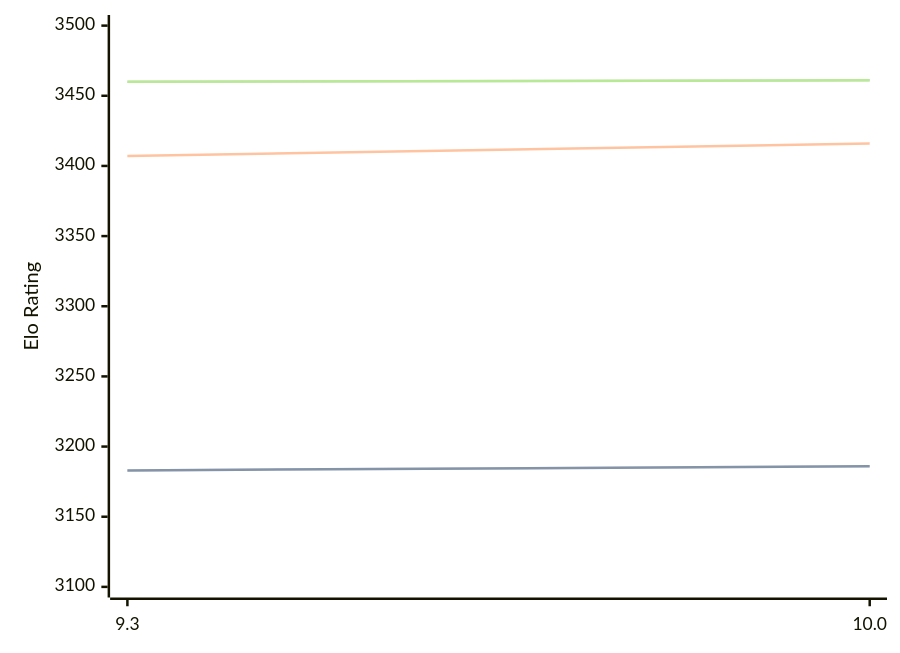
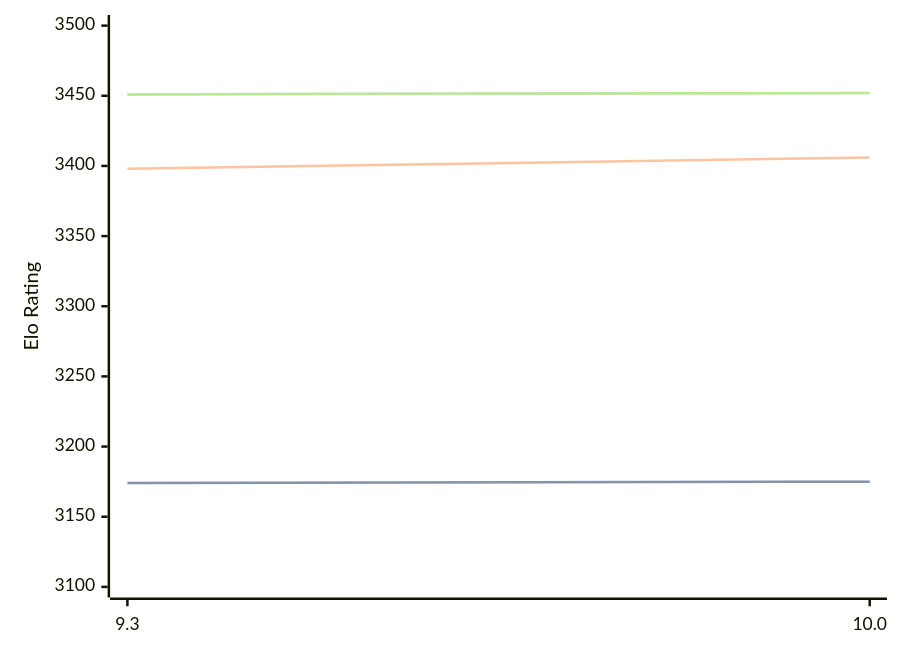
Before and after one commit to computer-chess-index/cci: the diagram in engines/Fire.md, drawn with Mermaid. The commit also changed other lines of this file, not shown here.

Commit message:
Update CCI Ratings (ELO VLTC) - 2026-03-19

````diff
--- a/engines/Fire.md
+++ b/engines/Fire.md
@@ -45,11 +45,11 @@
 ```mermaid
 %%{init: {"theme":"base","themeVariables":{"seriesColors:['#a3a3a3','#222221','#faa371']}}}%%
 xychart-beta
   x-axis ["9.3", "10.0"]
   y-axis "Elo Rating" 3100 --> 3500
-  line "STC (8.0+0.08s)" [3183, 3186]
-  line "STC (8.0+0.08s)" [3183, 3186]
-  line "LTC (60.0+0.60s)" [3407, 3416]
-  line "VLTC (2m24s+1.12s)" [3460, 3461]
-  line "VLTC (2m24s+1.12s)" [3460, 3461]
+  line "STC (8.0+0.08s)" [3174, 3175]
+  line "STC (8.0+0.08s)" [3174, 3175]
+  line "LTC (60.0+0.60s)" [3398, 3406]
+  line "VLTC (2m24s+1.12s)" [3451, 3452]
+  line "VLTC (2m24s+1.12s)" [3451, 3452]
 ```
````
